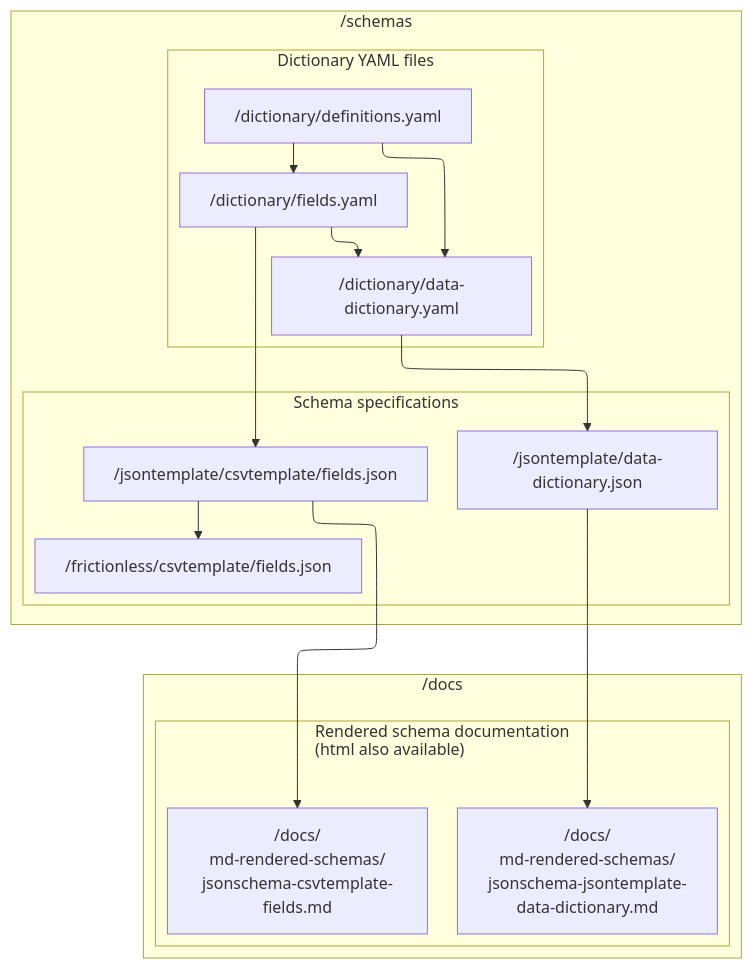
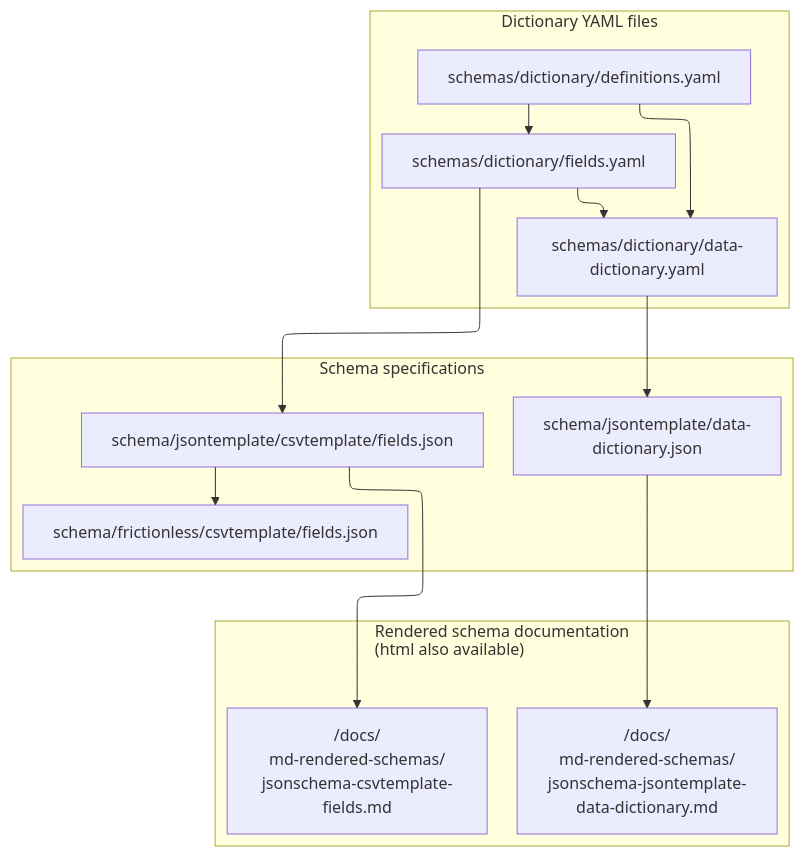
The diagram in variable-level-metadata-schema/README.md (HEAL/heal-metadata-schemas), drawn with Mermaid before and after one commit. The commit also changed other lines of this file and 1 other file, not shown here.

Commit message:
minor formatting changes

````diff
--- a/variable-level-metadata-schema/README.md
+++ b/variable-level-metadata-schema/README.md
@@ -28,39 +28,37 @@
 ```mermaid
 
-%%{init: {"flowchart": {"defaultRenderer": "elk","htmlLabels": false}} }%%
-flowchart TD
-    subgraph "/schemas"
-    subgraph dictionary[Dictionary YAML files]
+    %%{init: {"flowchart": {"defaultRenderer": "elk","htmlLabels": false}} }%%
 
-        defs["/dictionary/definitions.yaml"]
-        fields["/dictionary/fields.yaml"]
-        dd["/dictionary/data-dictionary.yaml"]
-    end
+    flowchart TD
 
-    subgraph Schema specifications
+        subgraph dictionary[Dictionary YAML files]
 
-        jsonspec["/jsontemplate/data-dictionary.json"]
-        csvspec["/jsontemplate/csvtemplate/fields.json"]
-        csvtblspec["/frictionless/csvtemplate/fields.json"]
-    end
-    end
+            defs["schemas/dictionary/definitions.yaml"]
+            fields["schemas/dictionary/fields.yaml"]
+            dd["schemas/dictionary/data-dictionary.yaml"]
+        end
 
-    subgraph /docs
+        subgraph Schema specifications
+
+            jsonspec["schema/jsontemplate/data-dictionary.json"]
+            csvspec["schema/jsontemplate/csvtemplate/fields.json"]
+            csvtblspec["schema/frictionless/csvtemplate/fields.json"]
+        end
+
         subgraph "Rendered schema documentation \n(html also available)"
 
             csvmd["/docs/\nmd-rendered-schemas/\njsonschema-csvtemplate-fields.md"]
             jsonmd["/docs/\nmd-rendered-schemas/\njsonschema-jsontemplate-data-dictionary.md"]
 
         end
-    end
 
     defs --> fields --> dd
     defs --> dd
 
     fields --> csvspec --> csvtblspec
     dd --> jsonspec
 
     csvspec --> csvmd
     jsonspec --> jsonmd
 
 ```
````
